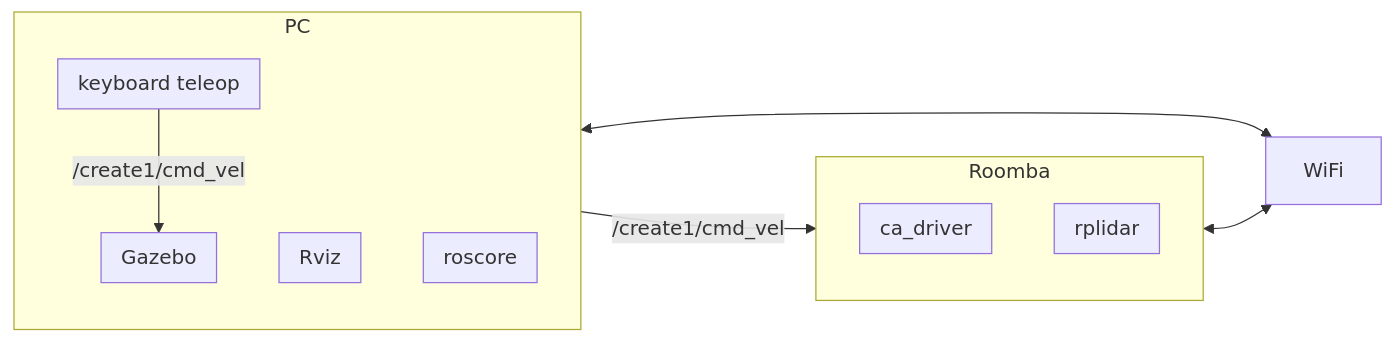
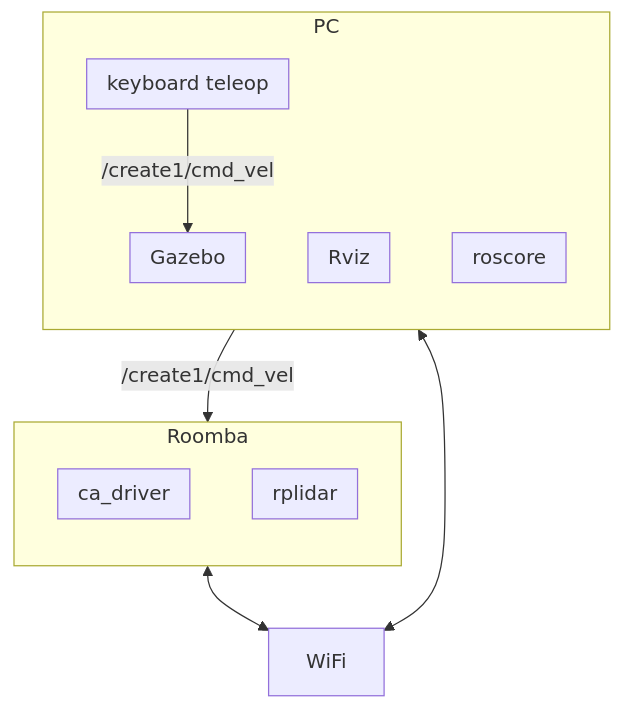
One commit to docofab/RoombaControlls changed the diagram in ROS/instructions/setup-real-roomba-rasppi_3.md. Above: the diagram before and after it, drawn with Mermaid.

Commit message:
Updated flowchart

````diff
--- a/ROS/instructions/setup-real-roomba-rasppi_3.md
+++ b/ROS/instructions/setup-real-roomba-rasppi_3.md
@@ -9,31 +9,31 @@
 ```mermaid
-flowchart LR
+flowchart TB
+  subgraph PC
+    direction TB
+    subgraph B1[roscore]
+        direction TB
+    end
+    subgraph B3[Rviz]
+        direction TB
+    end
+    subgraph B2[Gazebo]
+        direction TB
+    end
+    subgraph B4[keyboard teleop]
+        direction TB
+    end
+  end
   subgraph Roomba
     direction TB
     subgraph C2[rplidar]
-        direction BT
+        direction TB
     end
     subgraph C1[ca_driver]
-        direction RL
+        direction TB
     end
   end
-  subgraph PC
-    direction TB
-    subgraph B1[roscore]
-        direction RL
-    end
-    subgraph B3[Rviz]
-        direction BT
-    end
-    subgraph B2[Gazebo]
-        direction BT
-    end
-    subgraph B4[keyboard teleop]
-        direction BT
-    end
-  end
-  B4 -- /create1/cmd_vel --> B2
-  B4 -- /create1/cmd_vel --> C1
-  PC <--> WiFi
-  Roomba <--> WiFi
-  ```
+B4 -- /create1/cmd_vel --> B2
+B4 -- /create1/cmd_vel --> C1
+PC <--> WiFi
+Roomba <--> WiFi
+```
````
